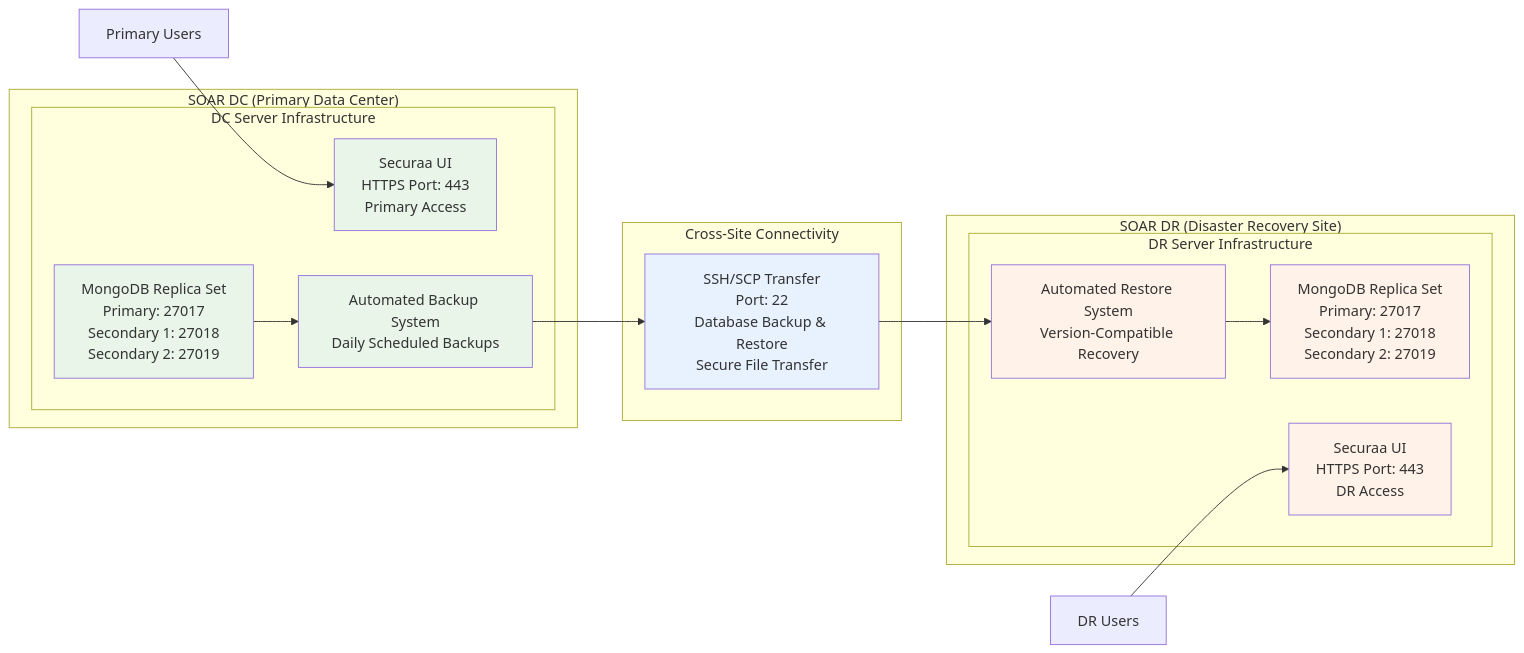
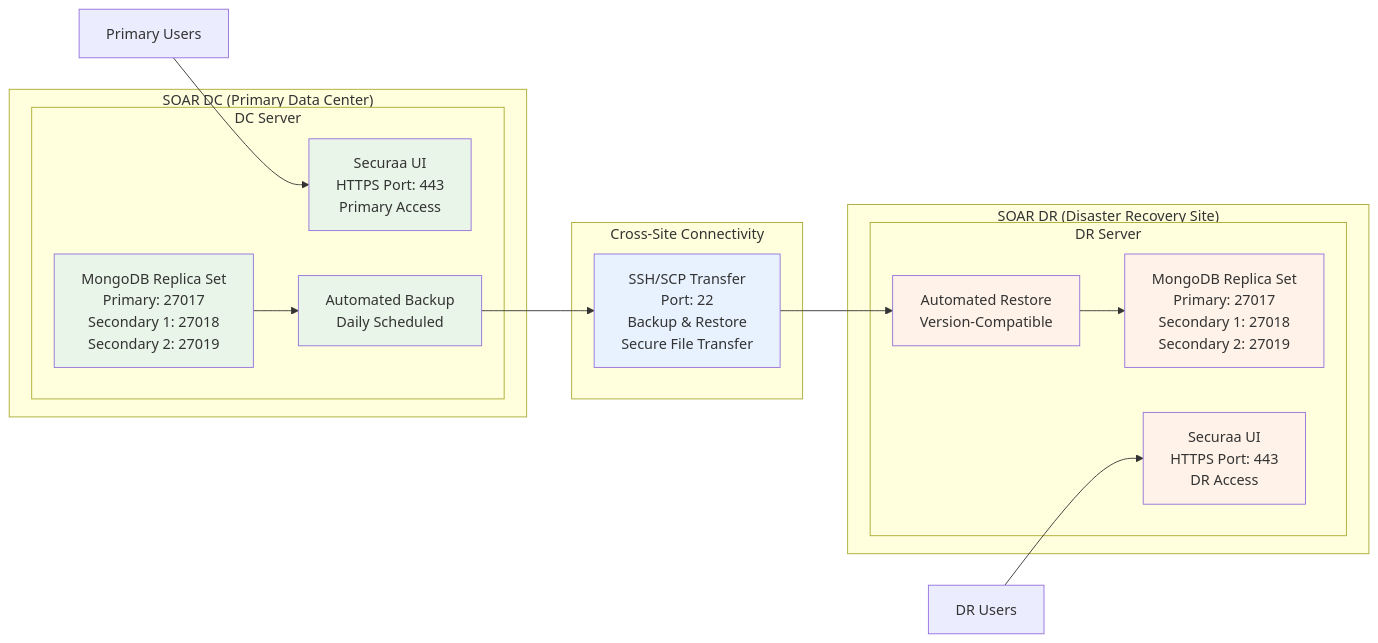
The third of 8 diagrams in HA_DR_Architecture_Documentation.md (Vishwa0220/customers-docs), drawn with Mermaid before and after one commit. The commit also changed other lines of this file, not shown here.

````diff
--- a/HA_DR_Architecture_Documentation.md
+++ b/HA_DR_Architecture_Documentation.md
@@ -214,41 +221,41 @@
 ```mermaid
 graph LR
     subgraph "SOAR DC (Primary Data Center)"
-        subgraph "DC Server Infrastructure"
+        subgraph "DC Server"
             DC_REPLICA[MongoDB Replica Set<br/>Primary: 27017<br/>Secondary 1: 27018<br/>Secondary 2: 27019]
             DC_UI[Securaa UI<br/>HTTPS Port: 443<br/>Primary Access]
-            DC_BACKUP[Automated Backup System<br/>Daily Scheduled Backups]
+            DC_BACKUP[Automated Backup<br/>Daily Scheduled]
         end
     end
     
     subgraph "Cross-Site Connectivity"
-        SSH_TRANSFER[SSH/SCP Transfer<br/>Port: 22<br/>Database Backup & Restore<br/>Secure File Transfer]
+        SSH_TRANSFER[SSH/SCP Transfer<br/>Port: 22<br/>Backup & Restore<br/>Secure File Transfer]
     end
     
     subgraph "SOAR DR (Disaster Recovery Site)"
-        subgraph "DR Server Infrastructure"
+        subgraph "DR Server"
             DR_REPLICA[MongoDB Replica Set<br/>Primary: 27017<br/>Secondary 1: 27018<br/>Secondary 2: 27019]
             DR_UI[Securaa UI<br/>HTTPS Port: 443<br/>DR Access]
-            DR_RESTORE[Automated Restore System<br/>Version-Compatible Recovery]
+            DR_RESTORE[Automated Restore<br/>Version-Compatible]
         end
     end
     
     %% Cross-Site Data Flow
     DC_REPLICA --> DC_BACKUP
     DC_BACKUP --> SSH_TRANSFER
     SSH_TRANSFER --> DR_RESTORE
     DR_RESTORE --> DR_REPLICA
     
     %% User Access Points
     USER1[Primary Users] --> DC_UI
     USER2[DR Users] --> DR_UI
     
     %% Styling
     classDef dcSite fill:#e8f5e8
     classDef drSite fill:#fff2e8
     classDef transfer fill:#e8f2ff
     
     class DC_REPLICA,DC_UI,DC_BACKUP dcSite
     class DR_REPLICA,DR_UI,DR_RESTORE drSite
     class SSH_TRANSFER transfer
 ```
````
